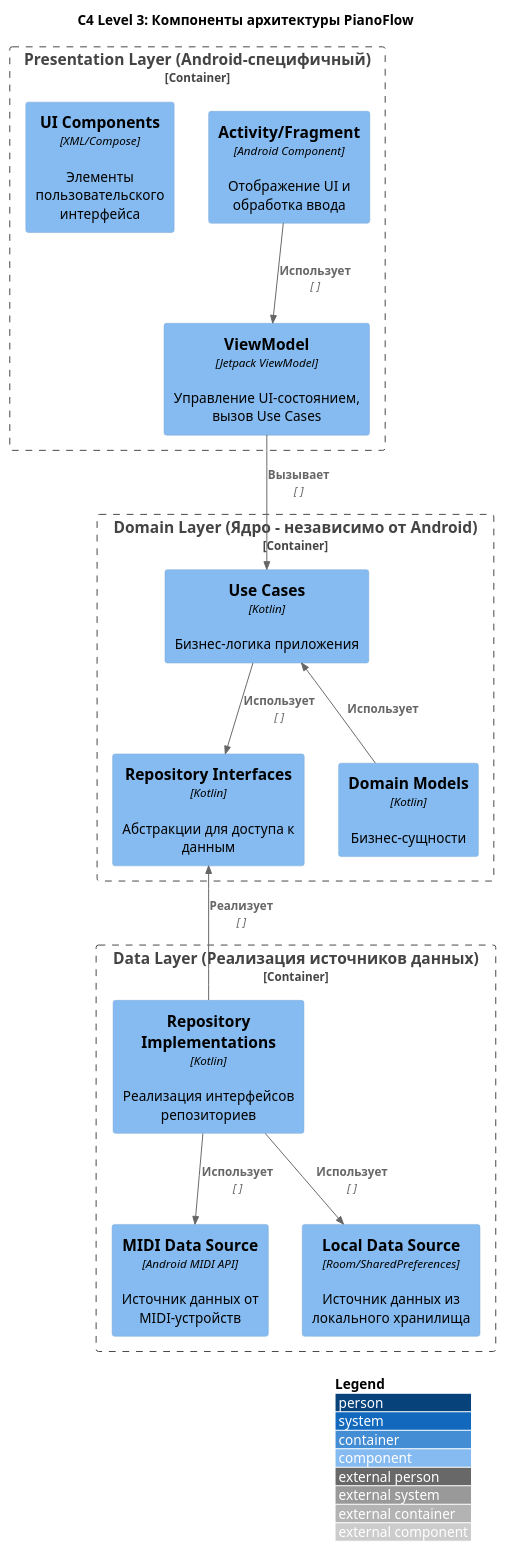
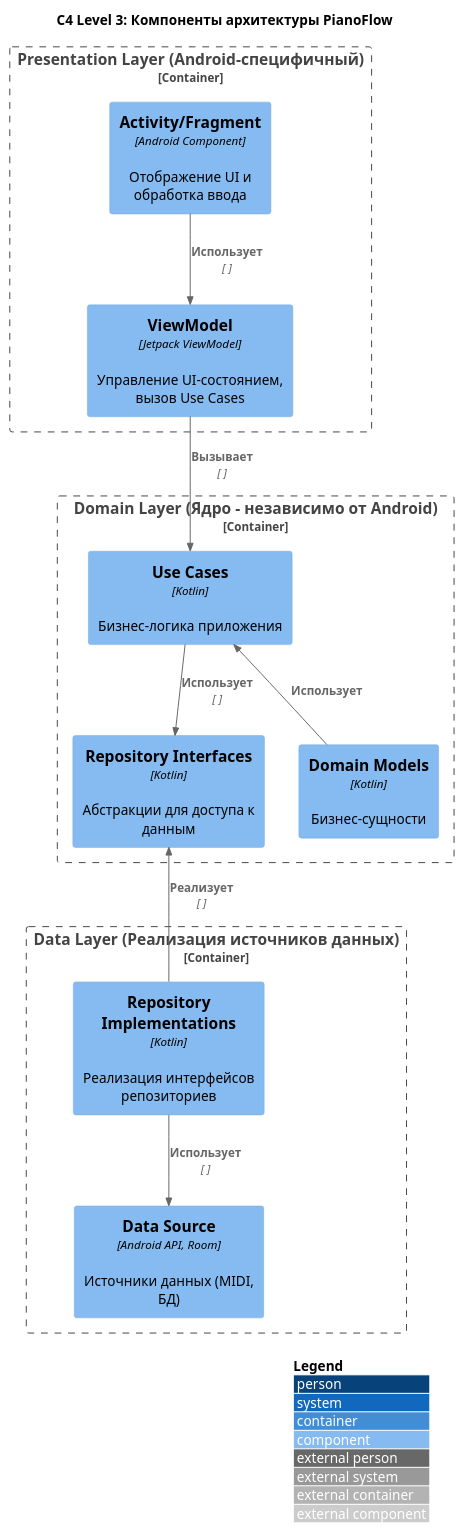
One commit to astrizhachuk/PianoFlow changed the first of 5 diagrams in docs/plans/ARCHITECTURE_PRINCIPLES.md. Above: the diagram before and after it, drawn with PlantUML. The commit also changed other lines of this file, not shown here.

````diff
--- a/docs/plans/ARCHITECTURE_PRINCIPLES.md
+++ b/docs/plans/ARCHITECTURE_PRINCIPLES.md
@@ -185,38 +175,26 @@
 ```plantuml
 @startuml
 !include https://raw.githubusercontent.com/plantuml-stdlib/C4-PlantUML/master/C4_Component.puml
-
 title C4 Level 3: Компоненты архитектуры PianoFlow
-
 LAYOUT_WITH_LEGEND()
-
 Container_Boundary(presentation, "Presentation Layer (Android-специфичный)") {
     Component(activity, "Activity/Fragment", "Android Component", "Отображение UI и обработка ввода")
     Component(viewModel, "ViewModel", "Jetpack ViewModel", "Управление UI-состоянием, вызов Use Cases")
-    Component(ui, "UI Components", "XML/Compose", "Элементы пользовательского интерфейса")
 }
-
 Container_Boundary(domain, "Domain Layer (Ядро - независимо от Android)") {
     Component(useCase, "Use Cases", "Kotlin", "Бизнес-логика приложения")
     Component(domainModel, "Domain Models", "Kotlin", "Бизнес-сущности")
     Component(repoInterface, "Repository Interfaces", "Kotlin", "Абстракции для доступа к данным")
 }
-
 Container_Boundary(data, "Data Layer (Реализация источников данных)") {
     Component(repoImpl, "Repository Implementations", "Kotlin", "Реализация интерфейсов репозиториев")
-    Component(midiDs, "MIDI Data Source", "Android MIDI API", "Источник данных от MIDI-устройств")
-    Component(localDs, "Local Data Source", "Room/SharedPreferences", "Источник данных из локального хранилища")
+    Component(dataSource, "Data Source", "Android API, Room", "Источники данных (MIDI, БД)")
 }
-
-' Отношения
 Rel(activity, viewModel, "Использует", " ")
 Rel(viewModel, useCase, "Вызывает", " ")
 Rel(useCase, repoInterface, "Использует", " ")
 Rel_Back(useCase, domainModel, "Использует")
-
 Rel_Up(repoImpl, repoInterface, "Реализует", " ")
-Rel(repoImpl, midiDs, "Использует", " ")
-Rel(repoImpl, localDs, "Использует", " ")
-
+Rel(repoImpl, dataSource, "Использует", " ")
 @enduml
 ```
````
